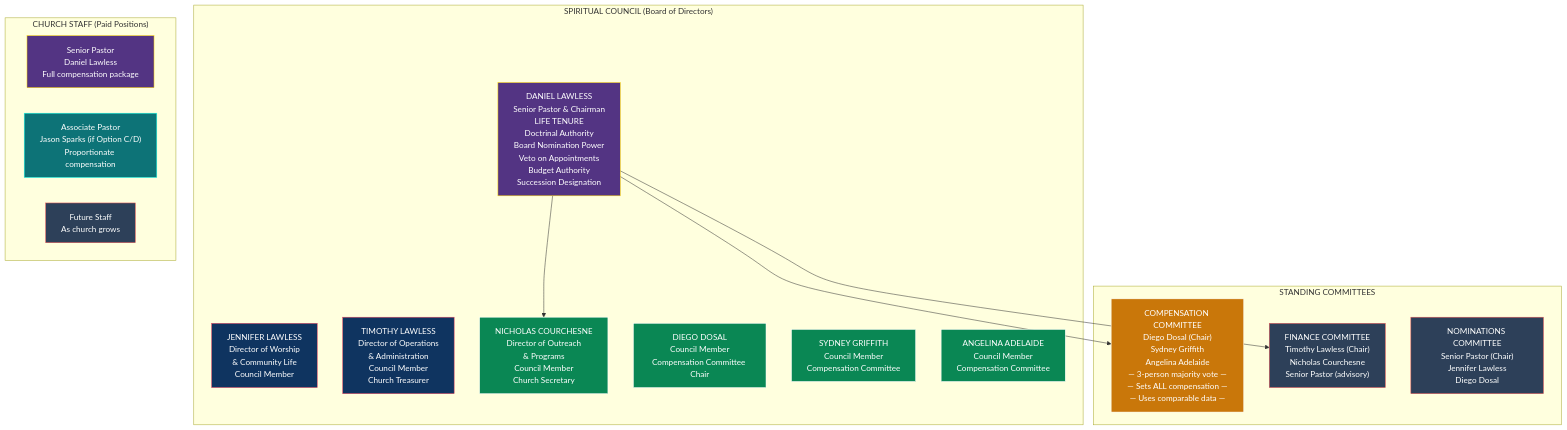
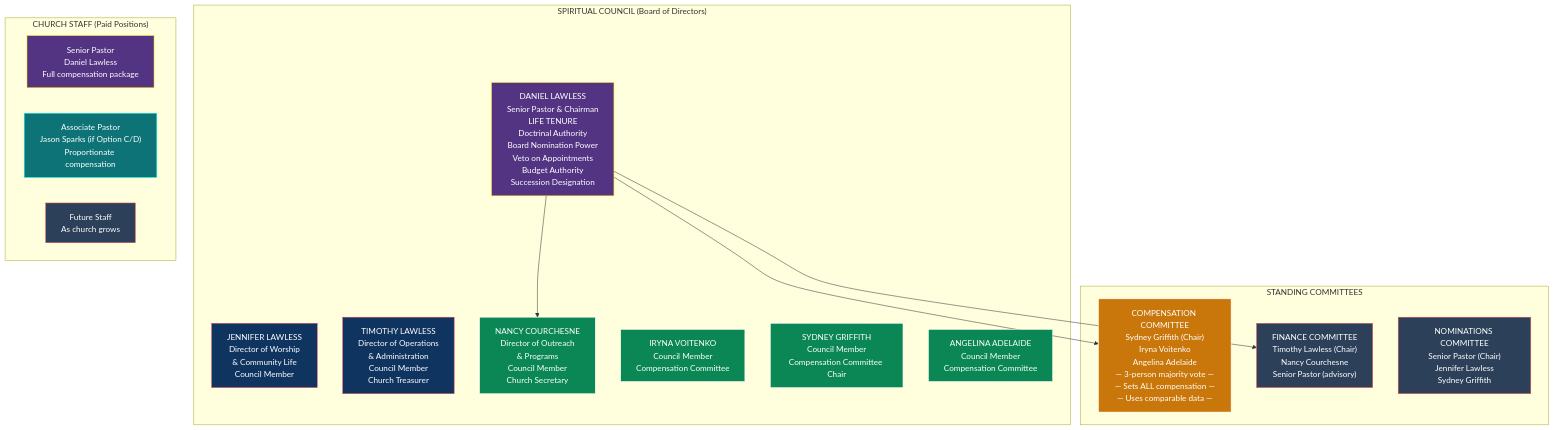
The first of 16 diagrams in docs/tax-structure/11-CHURCH-GOVERNANCE-STRUCTURE.md (Light-Brands/epic-center), drawn with Mermaid before and after one commit. The commit also changed other lines of this file, not shown here.

First line of the commit message:
Restructure board: Nancy replaces Nicholas, Iryna replaces Diego, Sydney to Chair

````diff
--- a/docs/tax-structure/11-CHURCH-GOVERNANCE-STRUCTURE.md
+++ b/docs/tax-structure/11-CHURCH-GOVERNANCE-STRUCTURE.md
@@ -50,50 +50,50 @@
 ```mermaid
 graph TB
     subgraph "SPIRITUAL COUNCIL (Board of Directors)"
         SP["DANIEL LAWLESS<br/>Senior Pastor & Chairman<br/>LIFE TENURE<br/>Doctrinal Authority<br/>Board Nomination Power<br/>Veto on Appointments<br/>Budget Authority<br/>Succession Designation"]
 
         W["JENNIFER LAWLESS<br/>Director of Worship<br/>& Community Life<br/>Council Member"]
 
         B["TIMOTHY LAWLESS<br/>Director of Operations<br/>& Administration<br/>Council Member<br/>Church Treasurer"]
 
-        NC["NICHOLAS COURCHESNE<br/>Director of Outreach<br/>& Programs<br/>Council Member<br/>Church Secretary"]
+        NC["NANCY COURCHESNE<br/>Director of Outreach<br/>& Programs<br/>Council Member<br/>Church Secretary"]
 
-        I1["DIEGO DOSAL<br/>Council Member<br/>Compensation Committee Chair"]
+        I1["IRYNA VOITENKO<br/>Council Member<br/>Compensation Committee"]
 
-        SG["SYDNEY GRIFFITH<br/>Council Member<br/>Compensation Committee"]
+        SG["SYDNEY GRIFFITH<br/>Council Member<br/>Compensation Committee Chair"]
 
         I3["ANGELINA ADELAIDE<br/>Council Member<br/>Compensation Committee"]
     end
 
     subgraph "STANDING COMMITTEES"
-        CC["COMPENSATION COMMITTEE<br/>Diego Dosal (Chair)<br/>Sydney Griffith<br/>Angelina Adelaide<br/>— 3-person majority vote —<br/>— Sets ALL compensation —<br/>— Uses comparable data —"]
+        CC["COMPENSATION COMMITTEE<br/>Sydney Griffith (Chair)<br/>Iryna Voitenko<br/>Angelina Adelaide<br/>— 3-person majority vote —<br/>— Sets ALL compensation —<br/>— Uses comparable data —"]
 
-        FC["FINANCE COMMITTEE<br/>Timothy Lawless (Chair)<br/>Nicholas Courchesne<br/>Senior Pastor (advisory)"]
+        FC["FINANCE COMMITTEE<br/>Timothy Lawless (Chair)<br/>Nancy Courchesne<br/>Senior Pastor (advisory)"]
 
-        NOM["NOMINATIONS COMMITTEE<br/>Senior Pastor (Chair)<br/>Jennifer Lawless<br/>Diego Dosal"]
+        NOM["NOMINATIONS COMMITTEE<br/>Senior Pastor (Chair)<br/>Jennifer Lawless<br/>Sydney Griffith"]
     end
 
     subgraph "CHURCH STAFF (Paid Positions)"
         SP2["Senior Pastor<br/>Daniel Lawless<br/>Full compensation package"]
         AP["Associate Pastor<br/>Jason Sparks (if Option C/D)<br/>Proportionate compensation"]
         STAFF["Future Staff<br/>As church grows"]
     end
 
     SP --> CC
     SP --> FC
     SP --> NC
 
     style SP fill:#533483,stroke:#ffd700,color:#fff
     style W fill:#0f3460,stroke:#e94560,color:#fff
     style B fill:#0f3460,stroke:#e94560,color:#fff
     style NC fill:#0a8754,stroke:#fff,color:#fff
     style I1 fill:#0a8754,stroke:#fff,color:#fff
     style SG fill:#0a8754,stroke:#fff,color:#fff
     style I3 fill:#0a8754,stroke:#fff,color:#fff
     style CC fill:#c9770a,stroke:#fff,color:#fff
     style FC fill:#2d4059,stroke:#ea5455,color:#fff
     style NOM fill:#2d4059,stroke:#ea5455,color:#fff
     style SP2 fill:#533483,stroke:#ffd700,color:#fff
     style AP fill:#0d7377,stroke:#14ffec,color:#fff
     style STAFF fill:#2d4059,stroke:#ea5455,color:#fff
 ```
````
